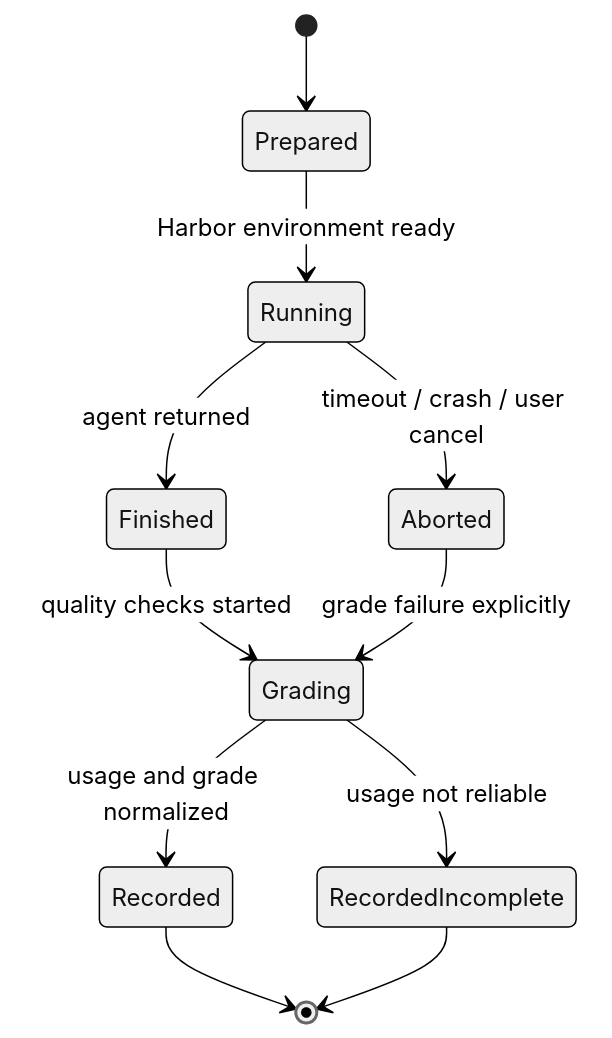
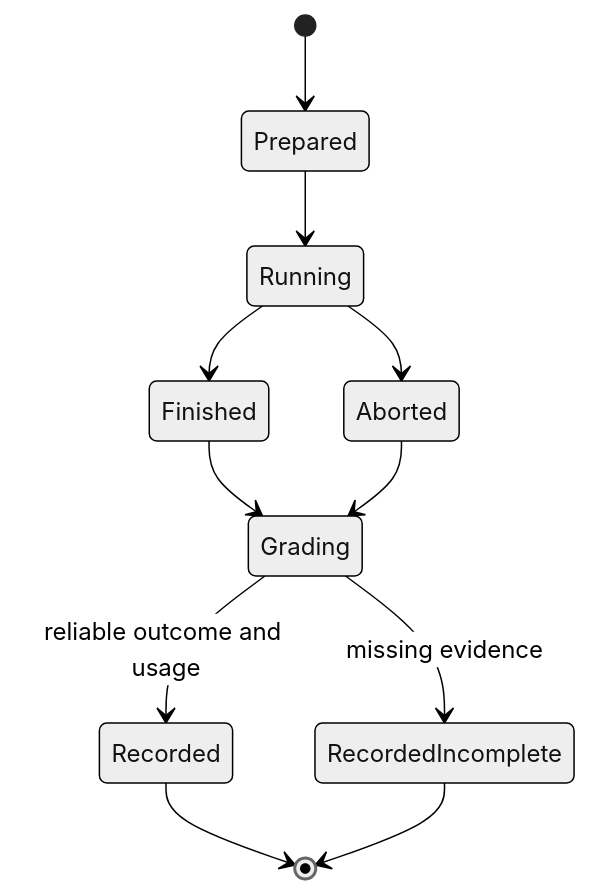
One commit to chris-madsen/Hybrid-RAG changed the fifth of 5 diagrams in docs/architecture/04-fsm-workflows.md. Above: the diagram before and after it, drawn with Mermaid (neutral theme). The commit also changed other lines of this file and 37 other files, not shown here.

````diff
--- a/docs/architecture/04-fsm-workflows.md
+++ b/docs/architecture/04-fsm-workflows.md
@@ -96,13 +83,13 @@
 ```mermaid
 stateDiagram-v2
     [*] --> Prepared
-    Prepared --> Running: Harbor environment ready
-    Running --> Finished: agent returned
-    Running --> Aborted: timeout / crash / user cancel
-    Finished --> Grading: quality checks started
-    Aborted --> Grading: grade failure explicitly
-    Grading --> Recorded: usage and grade normalized
-    Grading --> RecordedIncomplete: usage not reliable
+    Prepared --> Running
+    Running --> Finished
+    Running --> Aborted
+    Finished --> Grading
+    Aborted --> Grading
+    Grading --> Recorded: reliable outcome and usage
+    Grading --> RecordedIncomplete: missing evidence
     Recorded --> [*]
     RecordedIncomplete --> [*]
 ```
````
